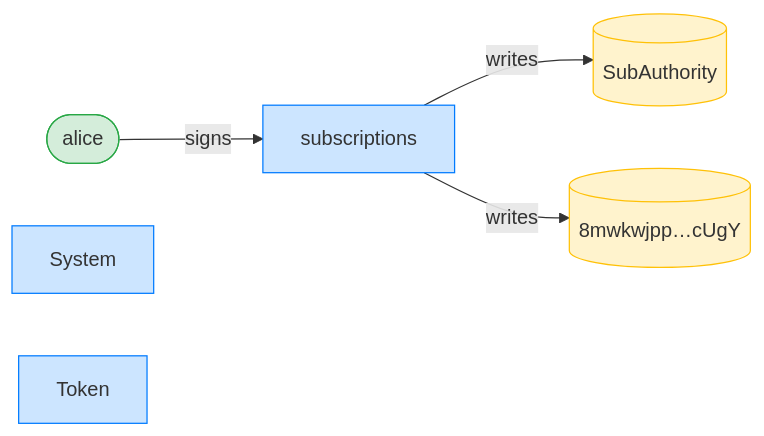
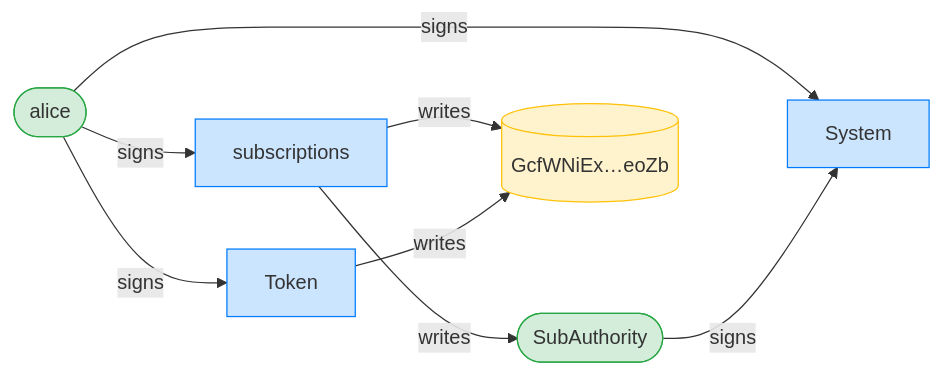
Before and after one commit to cds-rs/subscriptions: the third of 12 diagrams in dsl_tests/fixed-transfer-after-expiry-is-refused.md, drawn with Mermaid. The commit also changed other lines of this file and 224 other files, not shown here.

````diff
--- a/dsl_tests/fixed-transfer-after-expiry-is-refused.md
+++ b/dsl_tests/fixed-transfer-after-expiry-is-refused.md
@@ -55,15 +56,19 @@
 ```mermaid
 flowchart LR
     classDef signer fill:#d4edda,stroke:#28a745;
     classDef program fill:#cce5ff,stroke:#007bff;
     classDef writable fill:#fff3cd,stroke:#ffc107;
     subscriptions[subscriptions]:::program
     alice([alice]):::signer
-    SubAuthority[(SubAuthority)]:::writable
-    8mwkwjpp_cUgY[("8mwkwjpp…cUgY")]:::writable
+    SubAuthority([SubAuthority]):::signer
+    GcfWNiEx_eoZb[("GcfWNiEx…eoZb")]:::writable
     System[System]:::program
     Token[Token]:::program
     alice -->|signs| subscriptions
+    alice -->|signs| System
+    SubAuthority -->|signs| System
+    alice -->|signs| Token
     subscriptions -->|writes| SubAuthority
-    subscriptions -->|writes| 8mwkwjpp_cUgY
+    subscriptions -->|writes| GcfWNiEx_eoZb
+    Token -->|writes| GcfWNiEx_eoZb
 ```
````
